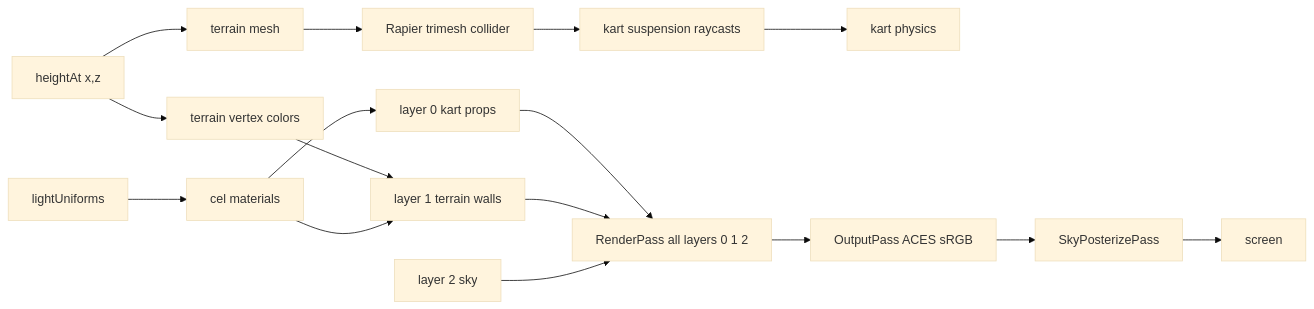
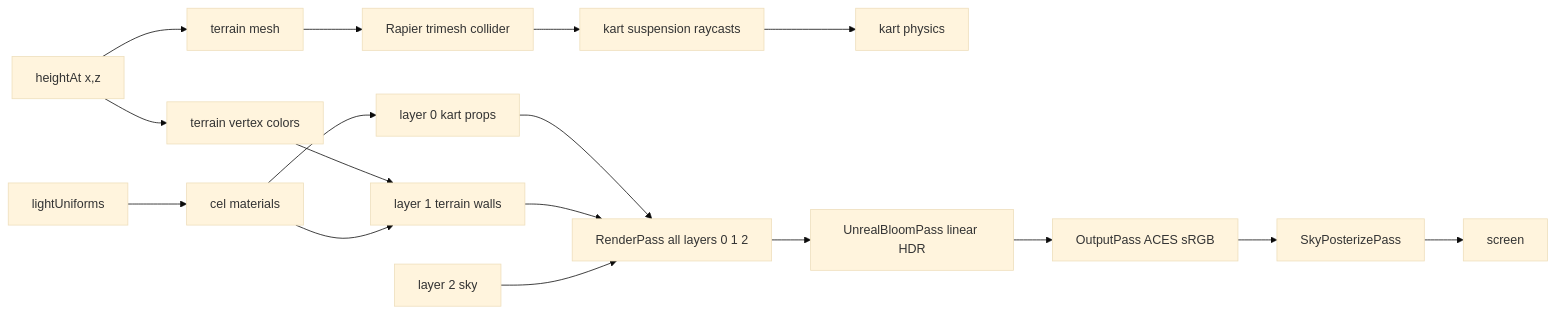
The diagram in docs/knowledge/data-flows/render-pipeline.md (jjgroenendijk/cart-game), drawn with Mermaid (base theme) before and after one commit. The commit also changed other lines of this file and 4 other files, not shown here.

````diff
--- a/docs/knowledge/data-flows/render-pipeline.md
+++ b/docs/knowledge/data-flows/render-pipeline.md
@@ -11,18 +11,19 @@
 ```mermaid
 flowchart LR
   height[heightAt x,z] --> mesh[terrain mesh]
   height --> color[terrain vertex colors]
   mesh --> collider[Rapier trimesh collider]
   collider --> suspension[kart suspension raycasts]
   suspension --> kart[kart physics]
   color --> layer1[layer 1 terrain walls]
   light[lightUniforms] --> cel[cel materials]
   cel --> layer0[layer 0 kart props]
   cel --> layer1
   layer0 --> renderPass[RenderPass all layers 0 1 2]
   layer1 --> renderPass
   sky[layer 2 sky] --> renderPass
-  renderPass --> output[OutputPass ACES sRGB]
+  renderPass --> bloom[UnrealBloomPass linear HDR]
+  bloom --> output[OutputPass ACES sRGB]
   output --> posterize[SkyPosterizePass]
   posterize --> screen[screen]
 ```
````
